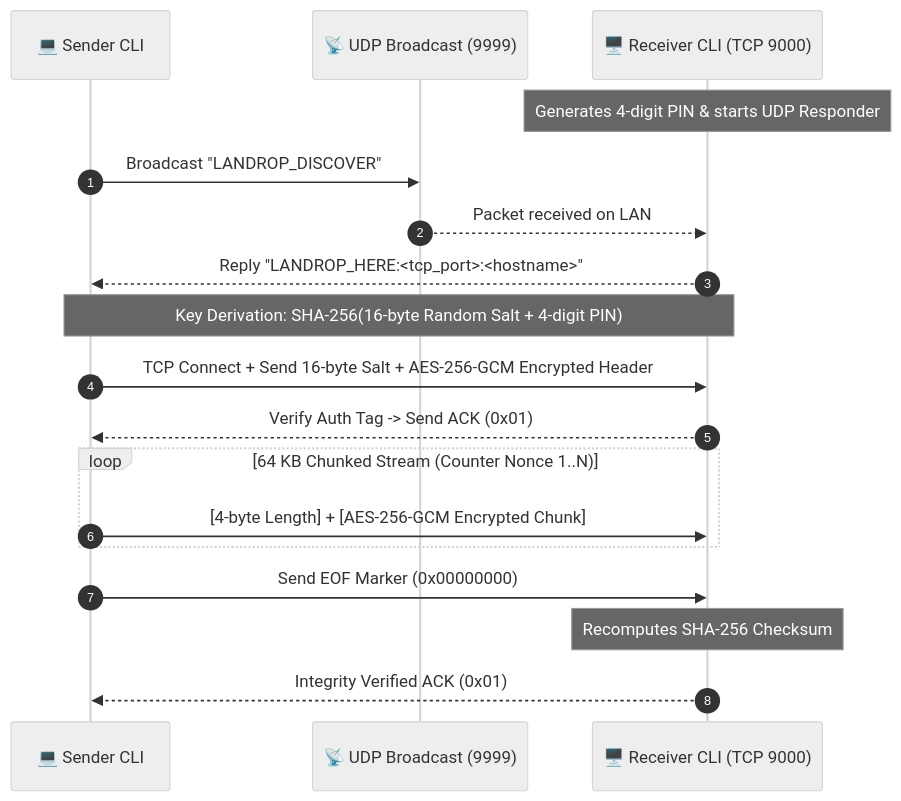
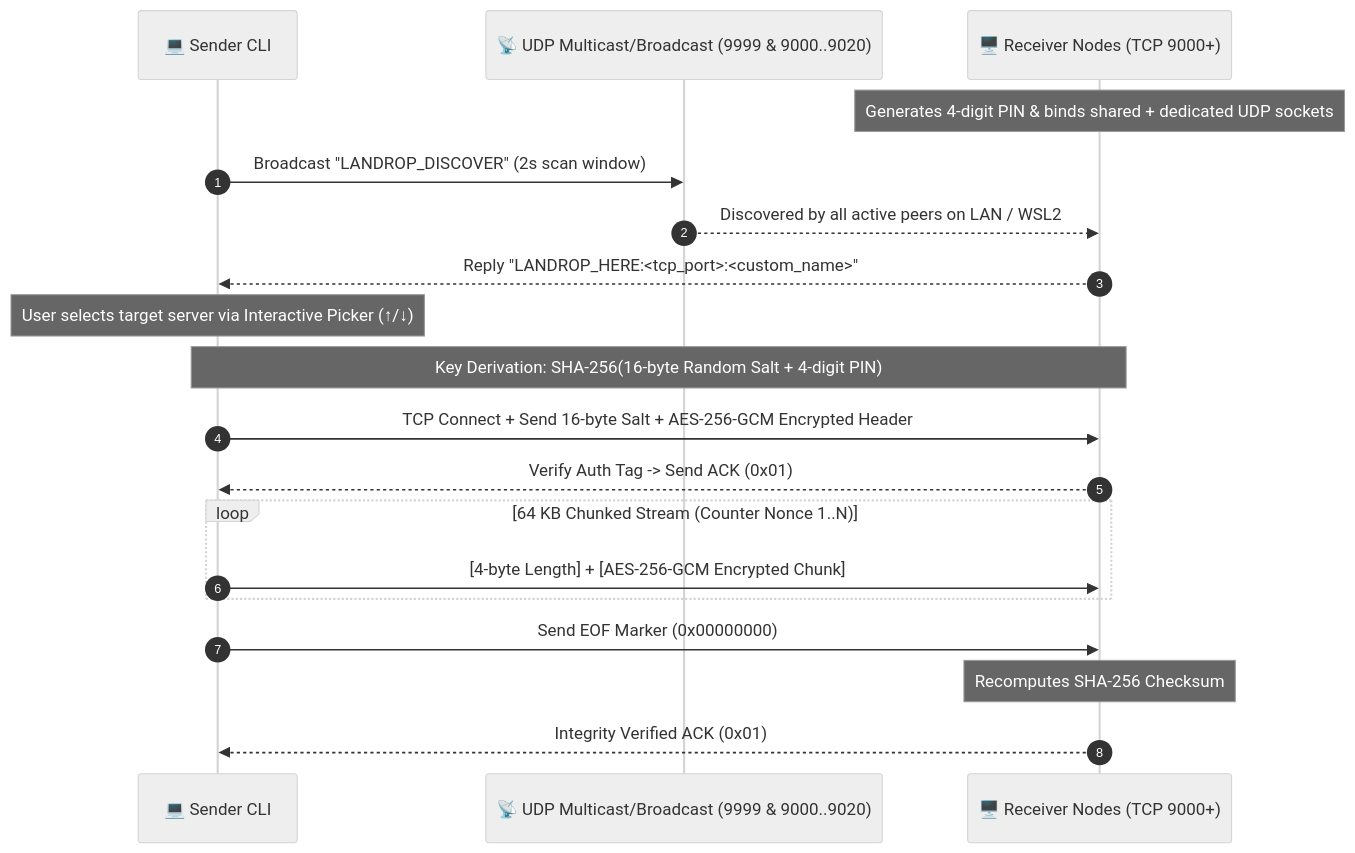
Before and after one commit to Wishprogram01/LAN-File-Dropper: the diagram in README.md, drawn with Mermaid (neutral theme). The commit also changed other lines of this file, not shown here.

````diff
--- a/README.md
+++ b/README.md
@@ -26,24 +29,25 @@
 ```mermaid
 sequenceDiagram
     autonumber
     participant S as 💻 Sender CLI
-    participant U as 📡 UDP Broadcast (9999)
-    participant R as 🖥️ Receiver CLI (TCP 9000)
+    participant U as 📡 UDP Multicast/Broadcast (9999 & 9000..9020)
+    participant R as 🖥️ Receiver Nodes (TCP 9000+)
 
-    Note over R: Generates 4-digit PIN & starts UDP Responder
-    S->>U: Broadcast "LANDROP_DISCOVER"
-    U-->>R: Packet received on LAN
-    R-->>S: Reply "LANDROP_HERE:<tcp_port>:<hostname>"
-    
+    Note over R: Generates 4-digit PIN & binds shared + dedicated UDP sockets
+    S->>U: Broadcast "LANDROP_DISCOVER" (2s scan window)
+    U-->>R: Discovered by all active peers on LAN / WSL2
+    R-->>S: Reply "LANDROP_HERE:<tcp_port>:<custom_name>"
+    Note over S: User selects target server via Interactive Picker (↑/↓)
+
     Note over S,R: Key Derivation: SHA-256(16-byte Random Salt + 4-digit PIN)
     S->>R: TCP Connect + Send 16-byte Salt + AES-256-GCM Encrypted Header
     R-->>S: Verify Auth Tag -> Send ACK (0x01)
-    
+
     loop 64 KB Chunked Stream (Counter Nonce 1..N)
         S->>R: [4-byte Length] + [AES-256-GCM Encrypted Chunk]
     end
-    
+
     S->>R: Send EOF Marker (0x00000000)
     Note over R: Recomputes SHA-256 Checksum
     R-->>S: Integrity Verified ACK (0x01)
 ```
````
